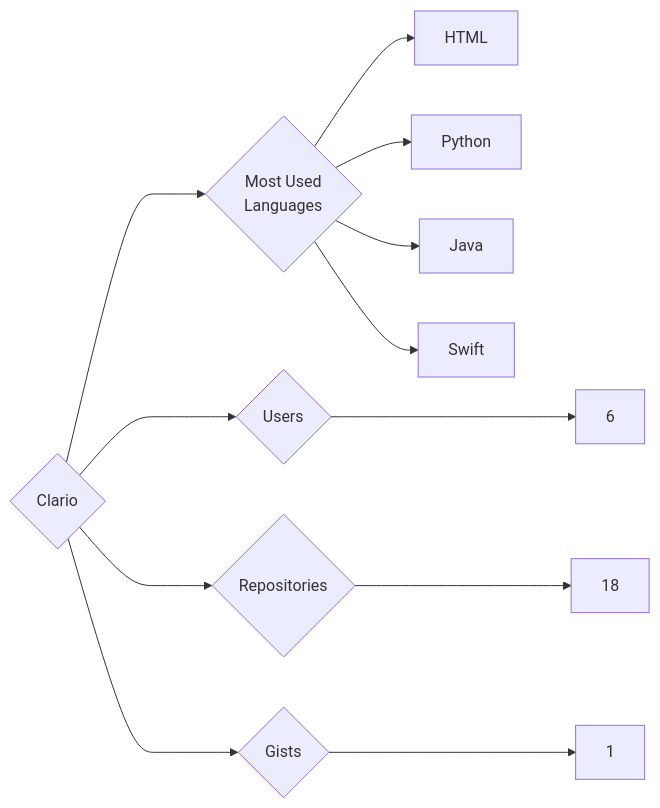
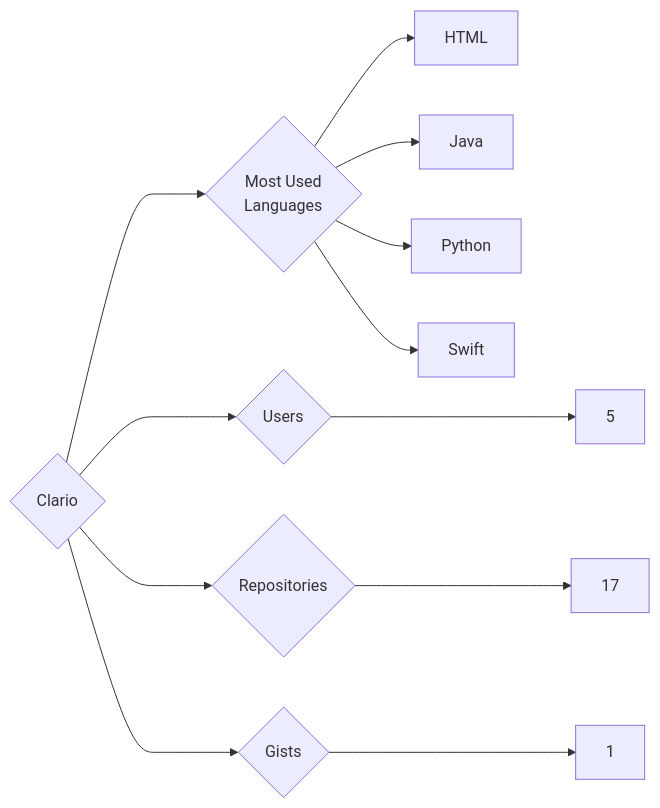
The diagram in targets/Clario/README.md (trickest/insiders), drawn with Mermaid before and after one commit. The commit also changed 1023 other files, not shown here.

````diff
--- a/targets/Clario/README.md
+++ b/targets/Clario/README.md
@@ -3,12 +3,12 @@
 ```mermaid
 graph LR
 COMPANY_NAME{Clario}
-COMPANY_NAME ---> U{Users} ---> UN[6]
-COMPANY_NAME ---> R{Repositories} ---> RN[18]
+COMPANY_NAME ---> U{Users} ---> UN[5]
+COMPANY_NAME ---> R{Repositories} ---> RN[17]
 COMPANY_NAME ---> G{Gists} ---> GN[1]
 COMPANY_NAME ---> ML{Most Used<br>Languages}
 ML --> HTML[HTML]
+ML --> Java[Java]
 ML --> Python[Python]
-ML --> Java[Java]
 ML --> Swift[Swift]
 ```
````
